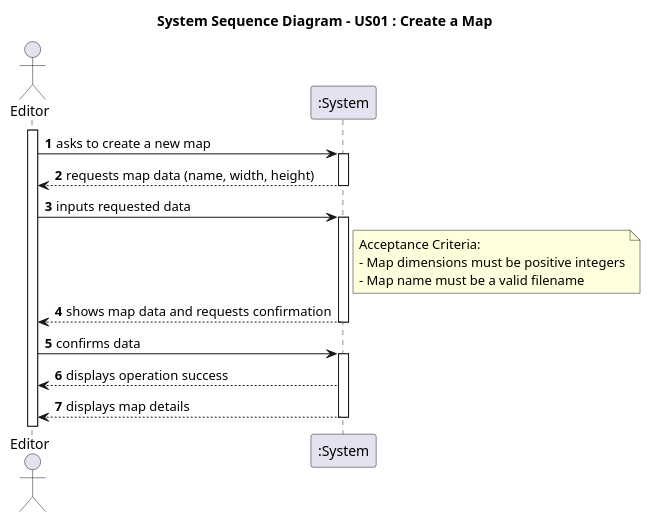
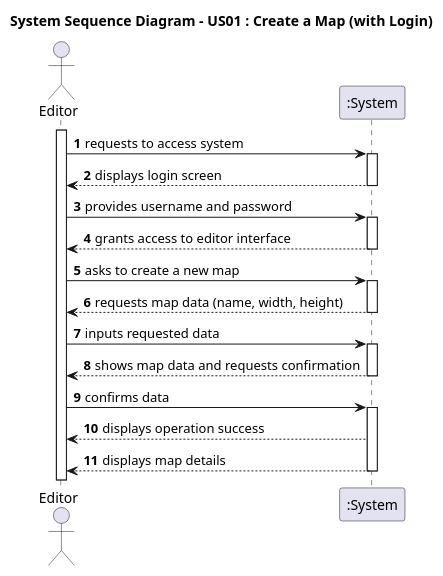
The diagram in docs/system-documentation/Sprint 2/US01/01.requirements-engineering/puml/US01-SSD.puml (HenriqueSilva18/Railway-Network-Simulator), drawn with PlantUML before and after one commit. The commit also changed 112 other files, not shown here.

```diff
--- a/docs/system-documentation/Sprint 2/US01/01.requirements-engineering/puml/US01-SSD.puml
+++ b/docs/system-documentation/Sprint 2/US01/01.requirements-engineering/puml/US01-SSD.puml
@@ -1,32 +1,35 @@
 @startuml
 autonumber
-
-title "System Sequence Diagram - US01 : Create a Map"
-
+title "System Sequence Diagram - US01 : Create a Map (with Login)"
 actor "Editor" as Editor
 participant ":System" as System
 
 activate Editor
+
+Editor -> System: requests to access system
+activate System
+System --> Editor: displays login screen
+deactivate System
+
+Editor -> System: provides username and password
+activate System
+System --> Editor: grants access to editor interface
+deactivate System
+
 Editor -> System: asks to create a new map
-
 activate System
 System --> Editor: requests map data (name, width, height)
 deactivate System
 
 Editor -> System: inputs requested data
 activate System
+System --> Editor: shows map data and requests confirmation
+deactivate System
 
-note right of System
-  Acceptance Criteria:
-  - Map dimensions must be positive integers
-  - Map name must be a valid filename
-end note
-System --> Editor: shows map data and requests confirmation
-deactivate
 Editor -> System: confirms data
-
 activate System
 System --> Editor: displays operation success
 System --> Editor: displays map details
 deactivate System
+
 @enduml
```
